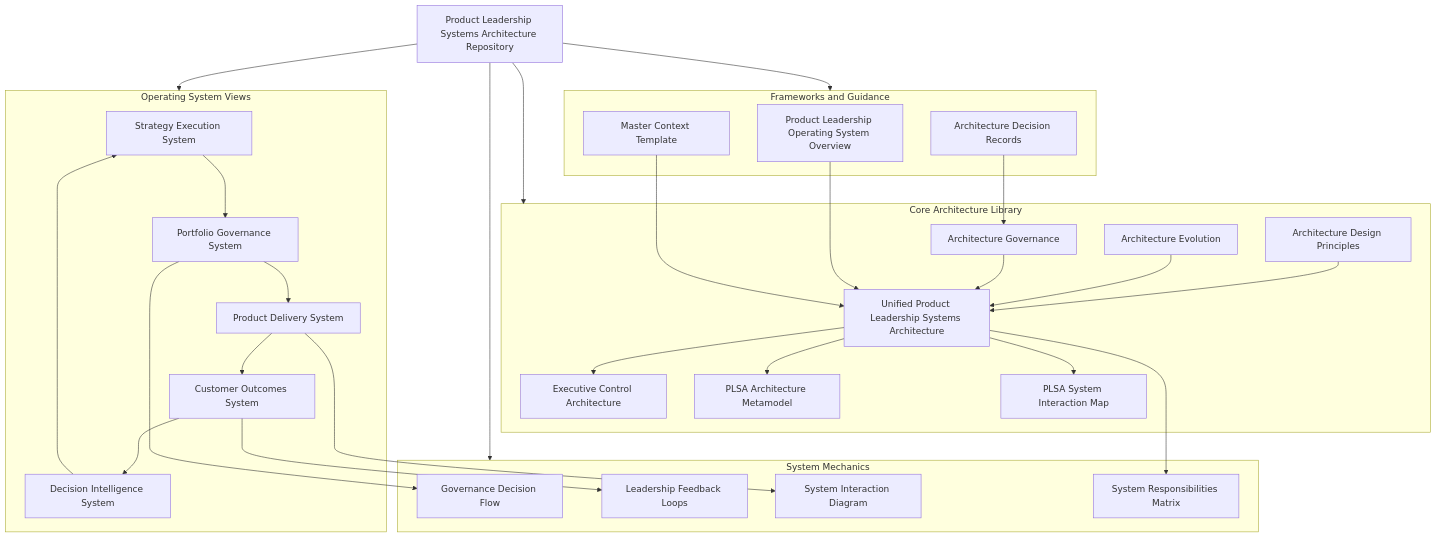
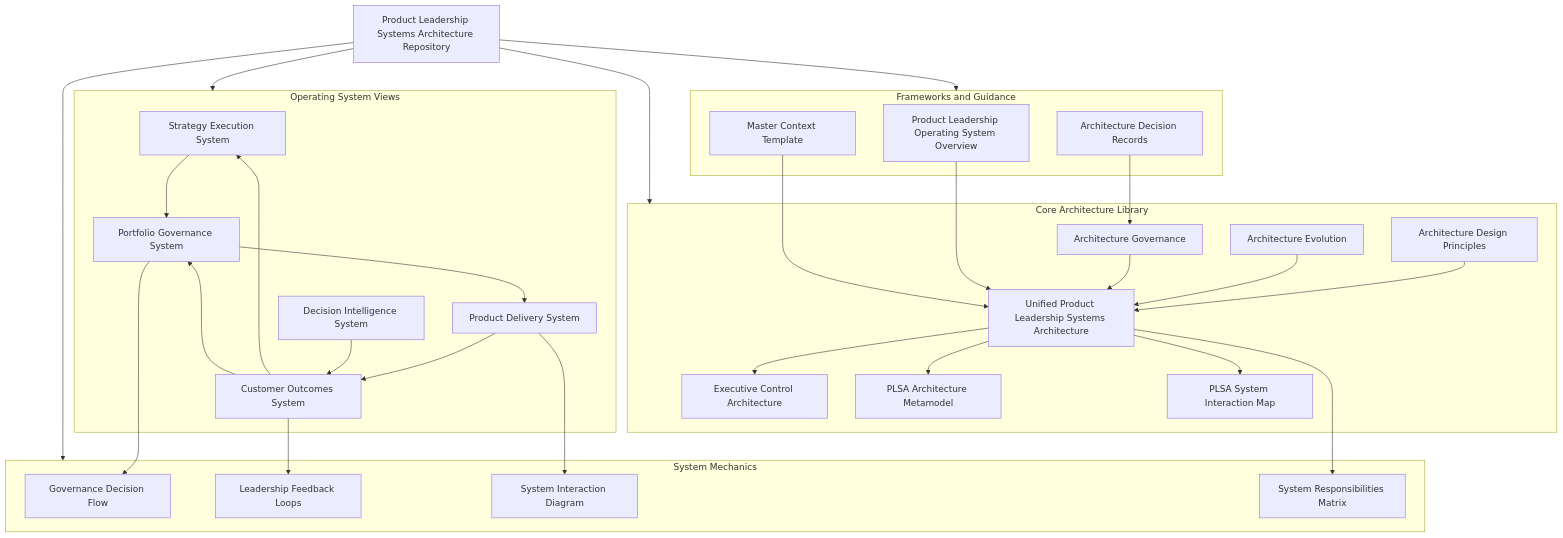
Before and after one commit to ChuckFerrando/product-leadership-operating-system: the third of 3 diagrams in pillars /pillar-1-product-leadership-systems-architecture/README.md, drawn with Mermaid. The commit also changed other lines of this file, not shown here.

````diff
--- a/pillars /pillar-1-product-leadership-systems-architecture/README.md
+++ b/pillars /pillar-1-product-leadership-systems-architecture/README.md
@@ -145,81 +158,82 @@
 ```mermaid
 flowchart TB
 
 ROOT["Product Leadership Systems Architecture Repository"]
 
 %% Core Architecture Library
 
 subgraph CORE["Core Architecture Library"]
 A1["Unified Product Leadership Systems Architecture"]
 A2["Executive Control Architecture"]
 A3["Architecture Design Principles"]
 A4["Architecture Evolution"]
 A5["Architecture Governance"]
 A6["PLSA Architecture Metamodel"]
 A7["PLSA System Interaction Map"]
 end
 
 %% Operating System Views
 
 subgraph OPERATING["Operating System Views"]
 S1["Strategy Execution System"]
 G1["Portfolio Governance System"]
 D1["Product Delivery System"]
 O1["Customer Outcomes System"]
 I1["Decision Intelligence System"]
 end
 
 %% System Mechanics
 
 subgraph MECHANICS["System Mechanics"]
 M1["Governance Decision Flow"]
 M2["Leadership Feedback Loops"]
 M3["System Interaction Diagram"]
 M4["System Responsibilities Matrix"]
 end
 
 %% Frameworks and Guidance
 
 subgraph FRAMEWORK["Frameworks and Guidance"]
 F1["Product Leadership Operating System Overview"]
 F2["Architecture Decision Records"]
 F3["Master Context Template"]
 end
 
 %% Repository Navigation
 
 ROOT --> CORE
 ROOT --> OPERATING
 ROOT --> MECHANICS
 ROOT --> FRAMEWORK
 
 %% Core Architecture Relationships
 
 A1 --> A2
 A1 --> A6
 A1 --> A7
 A3 --> A1
 A4 --> A1
 A5 --> A1
 
 %% Operating System Relationships
 
 S1 --> G1
 G1 --> D1
 D1 --> O1
-O1 --> I1
-I1 --> S1
+I1 --> O1
+O1 --> S1
+O1 --> G1
 
 %% Mechanics Relationships
 
 G1 --> M1
 O1 --> M2
 D1 --> M3
 A1 --> M4
 
 %% Framework Relationships
 
 F1 --> A1
 F2 --> A5
 F3 --> A1
 ```
````
